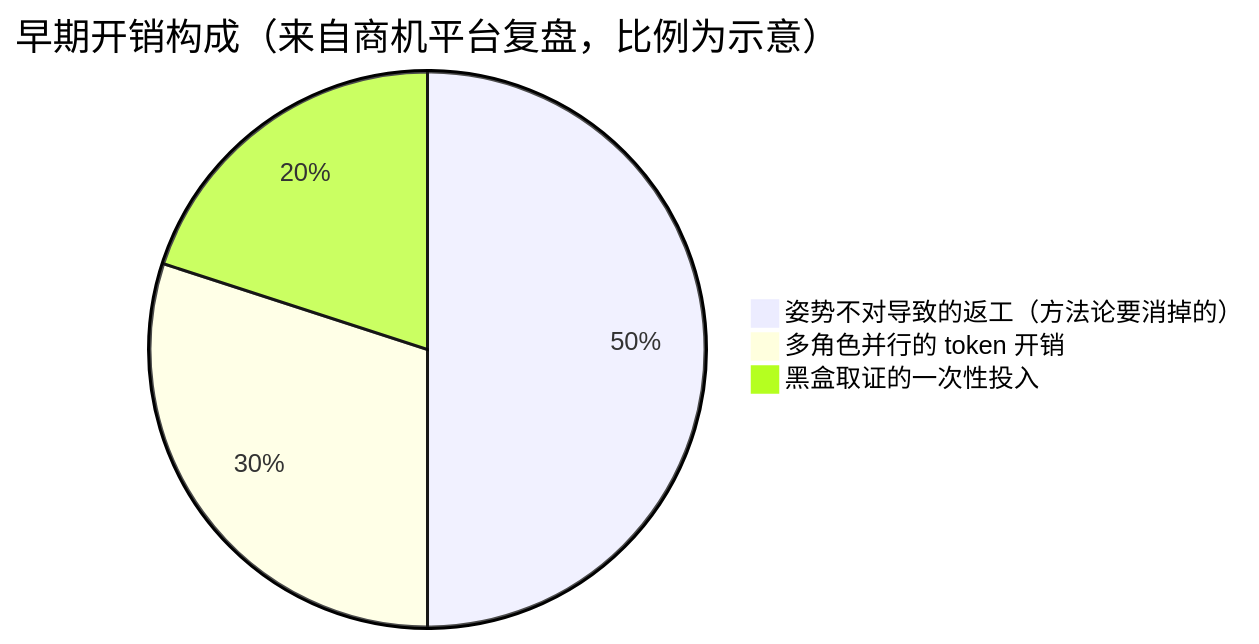
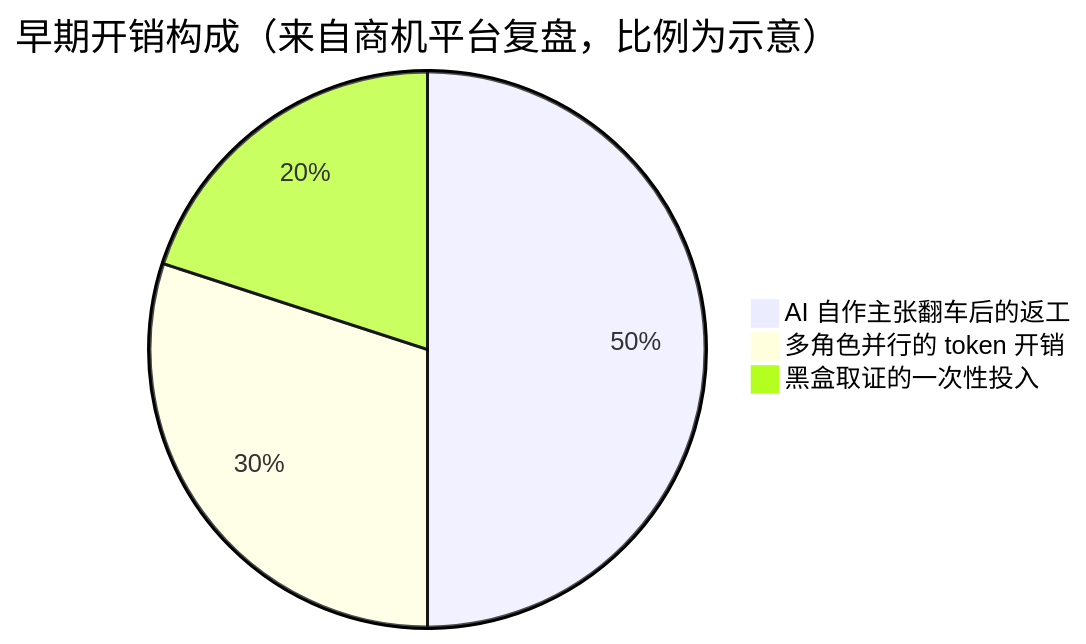
One commit to Woaini654321/efficiency-improvement changed the third of 20 diagrams in 第二次分享资料/Claude-Code提效实战分享-图文版.md. Above: the diagram before and after it, drawn with Mermaid. The commit also changed other lines of this file and 1 other file, not shown here.

````diff
--- a/第二次分享资料/Claude-Code提效实战分享-图文版.md
+++ b/第二次分享资料/Claude-Code提效实战分享-图文版.md
@@ -135,6 +132,6 @@
 ```mermaid
 pie title 早期开销构成（来自商机平台复盘，比例为示意）
-    "姿势不对导致的返工（方法论要消掉的）" : 50
+    "AI 自作主张翻车后的返工" : 50
     "多角色并行的 token 开销" : 30
     "黑盒取证的一次性投入" : 20
 ```
````
